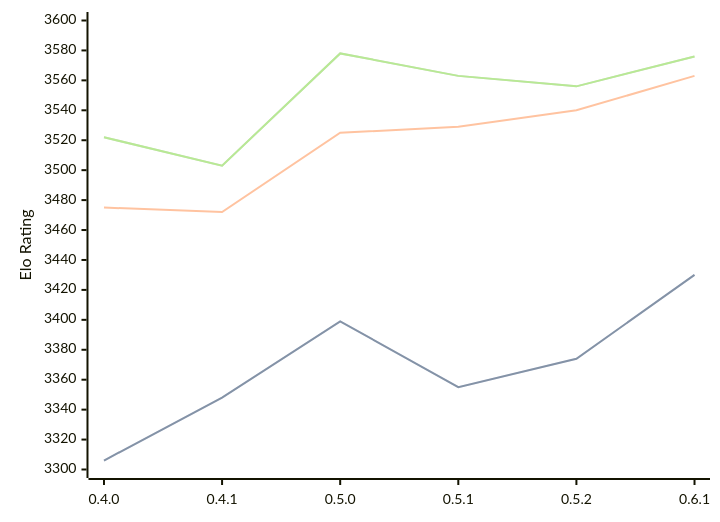
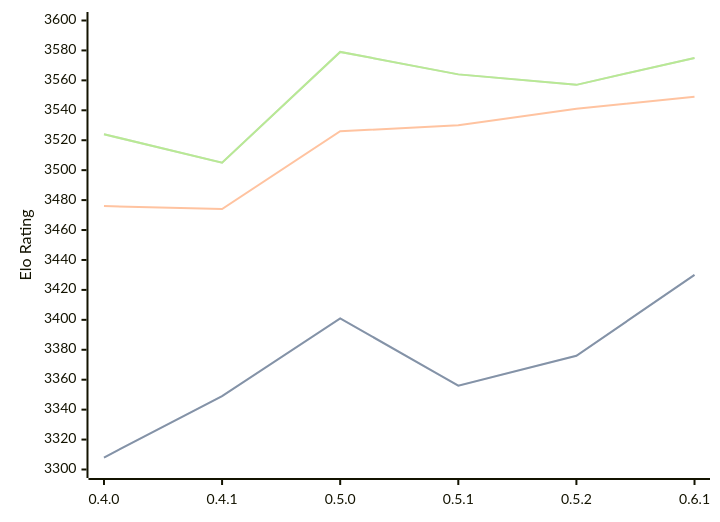
One commit to computer-chess-index/cci changed the diagram in engines/Cinder.md. Above: the diagram before and after it, drawn with Mermaid. The commit also changed other lines of this file, not shown here.

Commit message:
Update CCI Ratings (ELO VLTC) - 2026-08-22

````diff
--- a/engines/Cinder.md
+++ b/engines/Cinder.md
@@ -37,11 +37,11 @@
 ```mermaid
 %%{init: {"theme":"base","themeVariables":{"seriesColors:['#a3a3a3','#222221','#faa371']}}}%%
 xychart-beta
   x-axis ["0.4.0", "0.4.1", "0.5.0", "0.5.1", "0.5.2", "0.6.1"]
   y-axis "Elo Rating" 3300 --> 3600
-  line "STC (8.0+0.08s)" [3306, 3348, 3399, 3355, 3374, 3430]
-  line "STC (8.0+0.08s)" [3306, 3348, 3399, 3355, 3374, 3430]
-  line "LTC (60.0+0.60s)" [3475, 3472, 3525, 3529, 3540, 3563]
-  line "VLTC (2m24s+1.12s)" [3522, 3503, 3578, 3563, 3556, 3576]
-  line "VLTC (2m24s+1.12s)" [3522, 3503, 3578, 3563, 3556, 3576]
+  line "STC (8.0+0.08s)" [3308, 3349, 3401, 3356, 3376, 3430]
+  line "STC (8.0+0.08s)" [3308, 3349, 3401, 3356, 3376, 3430]
+  line "LTC (60.0+0.60s)" [3476, 3474, 3526, 3530, 3541, 3549]
+  line "VLTC (2m24s+1.12s)" [3524, 3505, 3579, 3564, 3557, 3575]
+  line "VLTC (2m24s+1.12s)" [3524, 3505, 3579, 3564, 3557, 3575]
 ```
````
